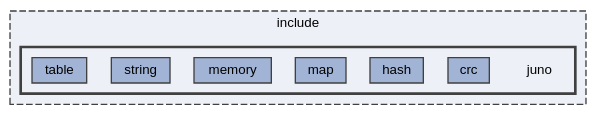
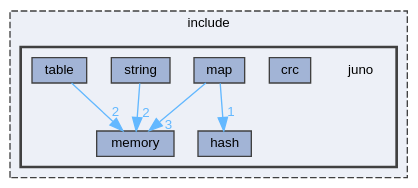
One commit to robinonsay/libjuno changed the diagram in dir_366da5caa8e7ec3e54d94764b6f022bc_dep.dot. Above: the diagram before and after it, drawn with Graphviz. The commit also changed 290 other files, not shown here.

```diff
--- a/dir_366da5caa8e7ec3e54d94764b6f022bc_dep.dot
+++ b/dir_366da5caa8e7ec3e54d94764b6f022bc_dep.dot
@@ -1,21 +1,25 @@
 digraph "/home/runner/work/libjuno/libjuno/include/juno"
 {
  // LATEX_PDF_SIZE
   bgcolor="transparent";
   edge [fontname=Helvetica,fontsize=10,labelfontname=Helvetica,labelfontsize=10];
   node [fontname=Helvetica,fontsize=10,shape=box,height=0.2,width=0.4];
   compound=true
   subgraph clusterdir_d44c64559bbebec7f509842c48db8b23 {
     graph [ bgcolor="#edf0f7", pencolor="grey25", label="include", fontname=Helvetica,fontsize=10 style="filled,dashed", URL="dir_d44c64559bbebec7f509842c48db8b23.html",tooltip=""]
   subgraph clusterdir_366da5caa8e7ec3e54d94764b6f022bc {
     graph [ bgcolor="#edf0f7", pencolor="grey25", label="", fontname=Helvetica,fontsize=10 style="filled,bold", URL="dir_366da5caa8e7ec3e54d94764b6f022bc.html",tooltip=""]
     dir_366da5caa8e7ec3e54d94764b6f022bc [shape=plaintext, label="juno"];
   dir_ef6da05dc0c67d385894f0e12ffbb82b [label="crc", fillcolor="#a2b4d6", color="grey25", style="filled", URL="dir_ef6da05dc0c67d385894f0e12ffbb82b.html",tooltip=""];
   dir_19d249a700c11f44389cb05327db4a5b [label="hash", fillcolor="#a2b4d6", color="grey25", style="filled", URL="dir_19d249a700c11f44389cb05327db4a5b.html",tooltip=""];
   dir_7d134b198f51d759fae4dbc0397c07cc [label="map", fillcolor="#a2b4d6", color="grey25", style="filled", URL="dir_7d134b198f51d759fae4dbc0397c07cc.html",tooltip=""];
   dir_0ab7105f8cccca84cc3ec63bc4b5970d [label="memory", fillcolor="#a2b4d6", color="grey25", style="filled", URL="dir_0ab7105f8cccca84cc3ec63bc4b5970d.html",tooltip=""];
   dir_1ee06b418de2fbaa3d5b1443d2d582cb [label="string", fillcolor="#a2b4d6", color="grey25", style="filled", URL="dir_1ee06b418de2fbaa3d5b1443d2d582cb.html",tooltip=""];
   dir_247cda594a1ab670a2704371990491e3 [label="table", fillcolor="#a2b4d6", color="grey25", style="filled", URL="dir_247cda594a1ab670a2704371990491e3.html",tooltip=""];
   }
   }
+  dir_7d134b198f51d759fae4dbc0397c07cc->dir_0ab7105f8cccca84cc3ec63bc4b5970d [headlabel="3", labeldistance=1.5 headhref="dir_000005_000006.html" href="dir_000005_000006.html" color="steelblue1" fontcolor="steelblue1"];
+  dir_7d134b198f51d759fae4dbc0397c07cc->dir_19d249a700c11f44389cb05327db4a5b [headlabel="1", labeldistance=1.5 headhref="dir_000005_000002.html" href="dir_000005_000002.html" color="steelblue1" fontcolor="steelblue1"];
+  dir_1ee06b418de2fbaa3d5b1443d2d582cb->dir_0ab7105f8cccca84cc3ec63bc4b5970d [headlabel="2", labeldistance=1.5 headhref="dir_000009_000006.html" href="dir_000009_000006.html" color="steelblue1" fontcolor="steelblue1"];
+  dir_247cda594a1ab670a2704371990491e3->dir_0ab7105f8cccca84cc3ec63bc4b5970d [headlabel="2", labeldistance=1.5 headhref="dir_000010_000006.html" href="dir_000010_000006.html" color="steelblue1" fontcolor="steelblue1"];
 }
```
